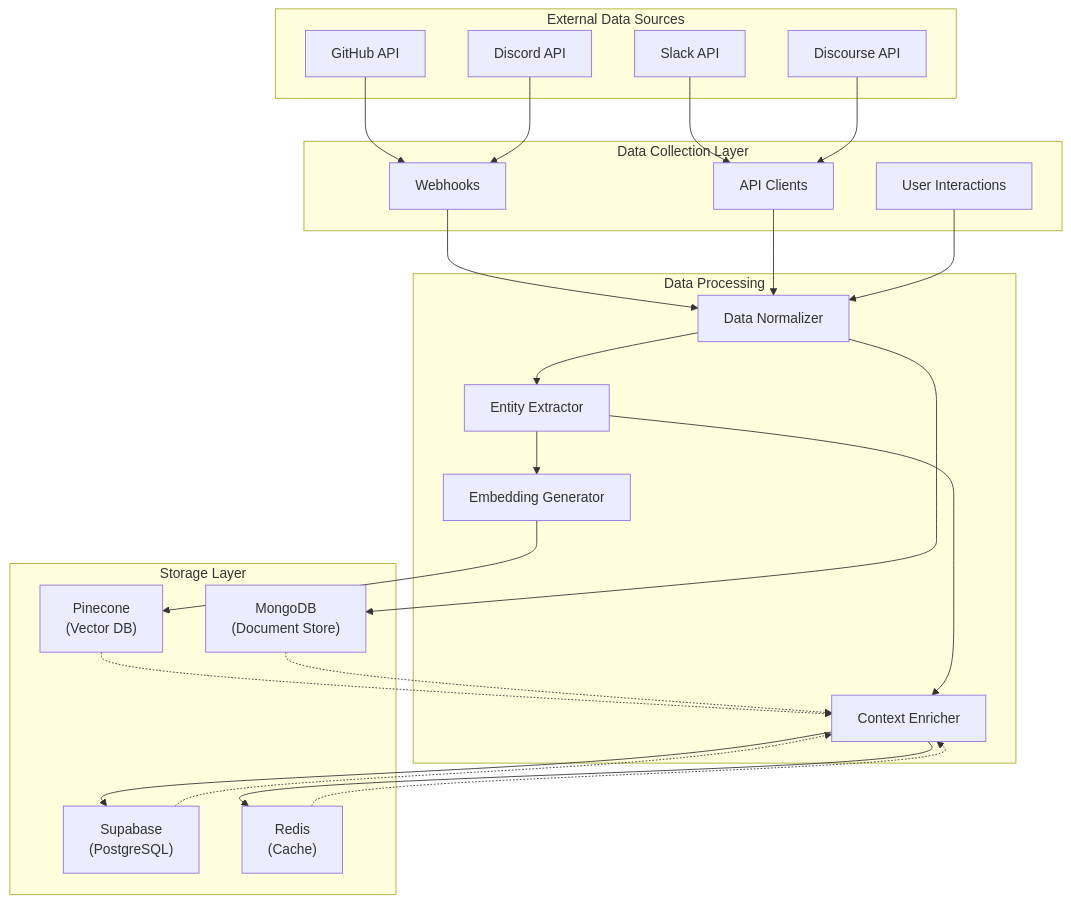
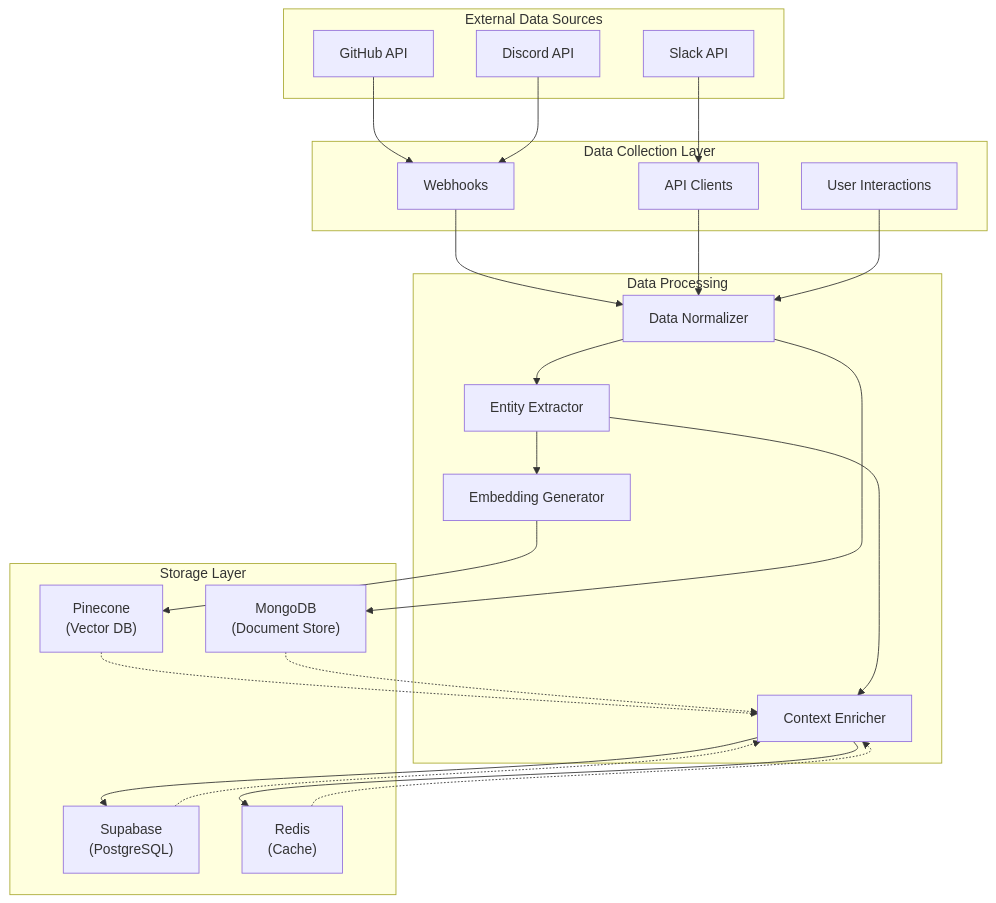
Before and after one commit to ParagGhatage/Devr.AI-prototype: the eighth of 9 diagrams in README.md, drawn with Mermaid. The commit also changed other lines of this file, not shown here.

````diff
--- a/README.md
+++ b/README.md
@@ -627,52 +627,52 @@
 ```mermaid
 flowchart TB
     subgraph "External Data Sources"
         GH["GitHub API"]
         DS["Discord API"]
         SL["Slack API"]
-        DC["Discourse API"]
+        
     end
 
     subgraph "Data Collection Layer"
         WH["Webhooks"]
         API["API Clients"]
         UI["User Interactions"]
     end
 
     subgraph "Data Processing"
         NORM["Data Normalizer"]
         EXTR["Entity Extractor"]
         EMB["Embedding Generator"]
         ENR["Context Enricher"]
     end
 
     subgraph "Storage Layer"
         PIN["Pinecone<br>(Vector DB)"]
         SUP["Supabase<br>(PostgreSQL)"]
         MDB["MongoDB<br>(Document Store)"]
         RDS["Redis<br>(Cache)"]
     end
 
     GH --> WH
     DS --> WH
     SL --> API
-    DC --> API
+    
     
     WH --> NORM
     API --> NORM
     UI --> NORM
     
     NORM --> EXTR
     EXTR --> EMB
     EXTR --> ENR
     
     EMB --> PIN
     ENR --> SUP
     NORM --> MDB
     ENR --> RDS
     
     PIN -.-> ENR
     SUP -.-> ENR
     MDB -.-> ENR
     RDS -.-> ENR
 ```
````
